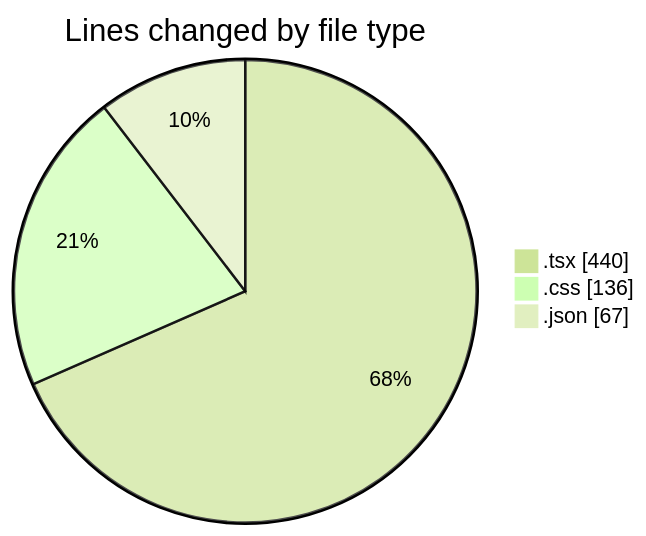
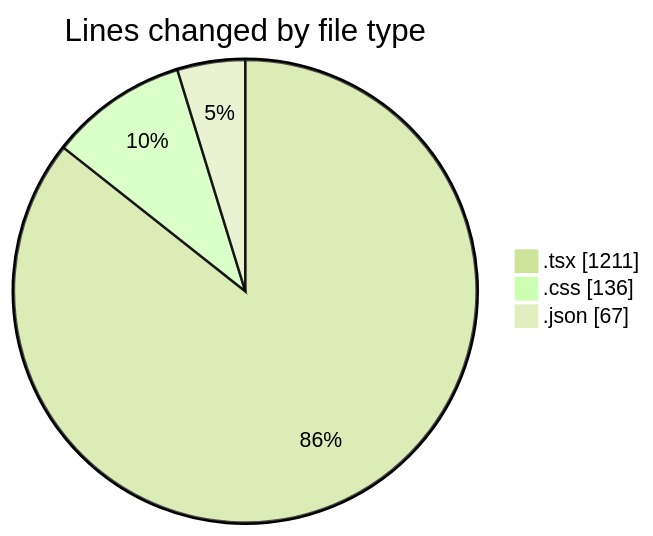
One commit to robertbonfada/code-tracking changed the first of 2 diagrams in 2025-01-08/mbc-web/README.md. Above: the diagram before and after it, drawn with Mermaid (forest theme). The commit also changed other lines of this file and 1 other file, not shown here.

````diff
--- a/2025-01-08/mbc-web/README.md
+++ b/2025-01-08/mbc-web/README.md
@@ -32,7 +33,7 @@
 ```mermaid
 pie showData
 title Lines changed by file type
-".tsx" : 440
+".tsx" : 1211
 ".css" : 136
 ".json" : 67
 ```
````
